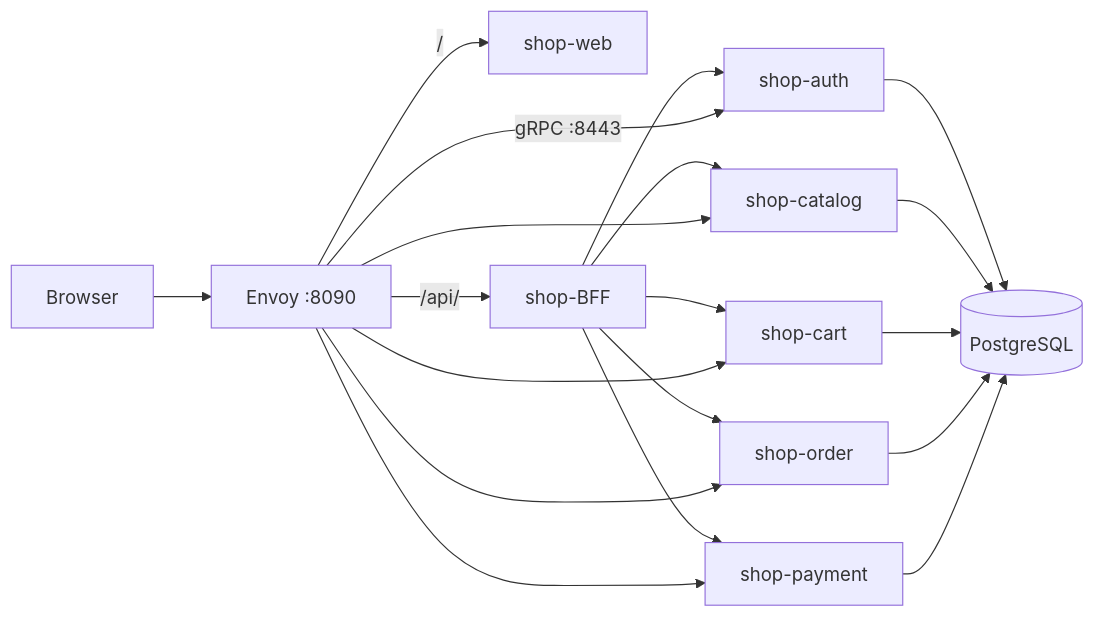
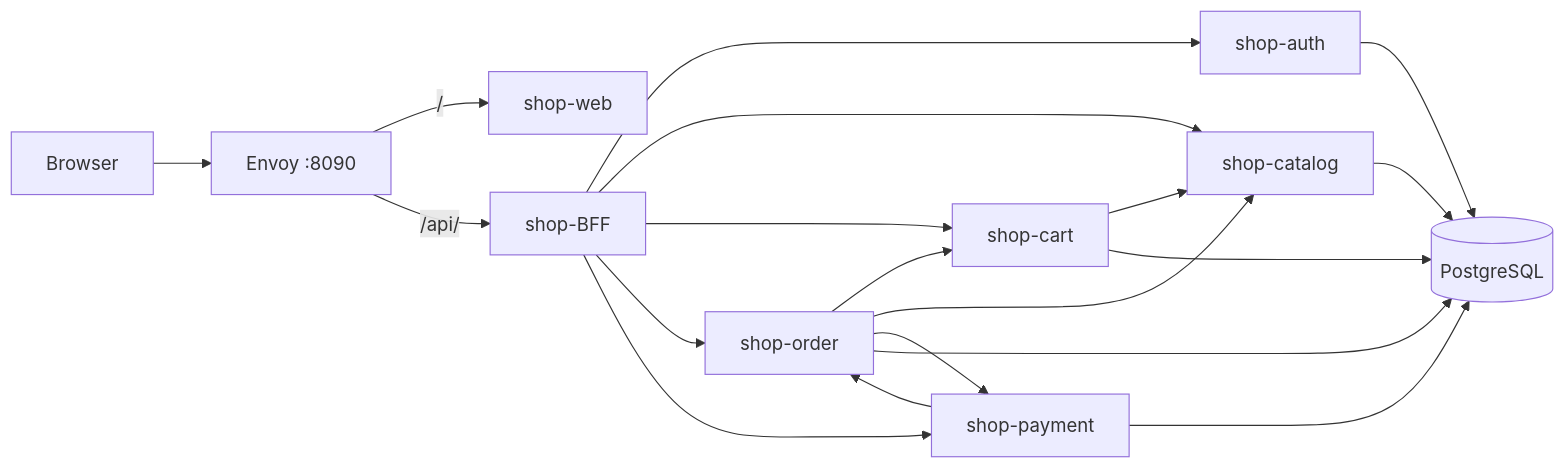
The diagram in README.md (repeter513/Nocturne-Shop), drawn with Mermaid before and after one commit. The commit also changed other lines of this file and 171 other files, not shown here.

````diff
--- a/README.md
+++ b/README.md
@@ -100,21 +136,21 @@
 ```mermaid
 flowchart LR
   Browser --> Envoy[Envoy :8090]
   Envoy -->|"/"| Web[shop-web]
   Envoy -->|"/api/"| BFF[shop-BFF]
   BFF --> Auth[shop-auth]
   BFF --> Catalog[shop-catalog]
   BFF --> Cart[shop-cart]
   BFF --> Order[shop-order]
   BFF --> Payment[shop-payment]
-  Envoy -->|gRPC :8443| Auth
-  Envoy --> Catalog
-  Envoy --> Cart
-  Envoy --> Order
-  Envoy --> Payment
+  Order --> Cart
+  Order --> Catalog
+  Order --> Payment
+  Payment --> Order
+  Cart --> Catalog
   Auth --> PG[(PostgreSQL)]
   Catalog --> PG
   Cart --> PG
   Order --> PG
   Payment --> PG
 ```
````
